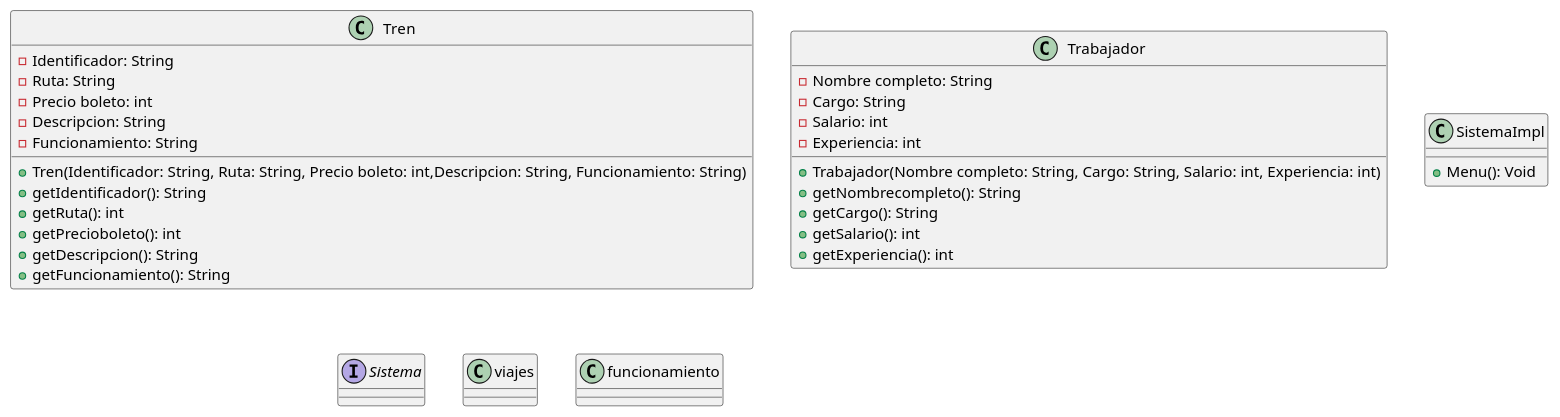
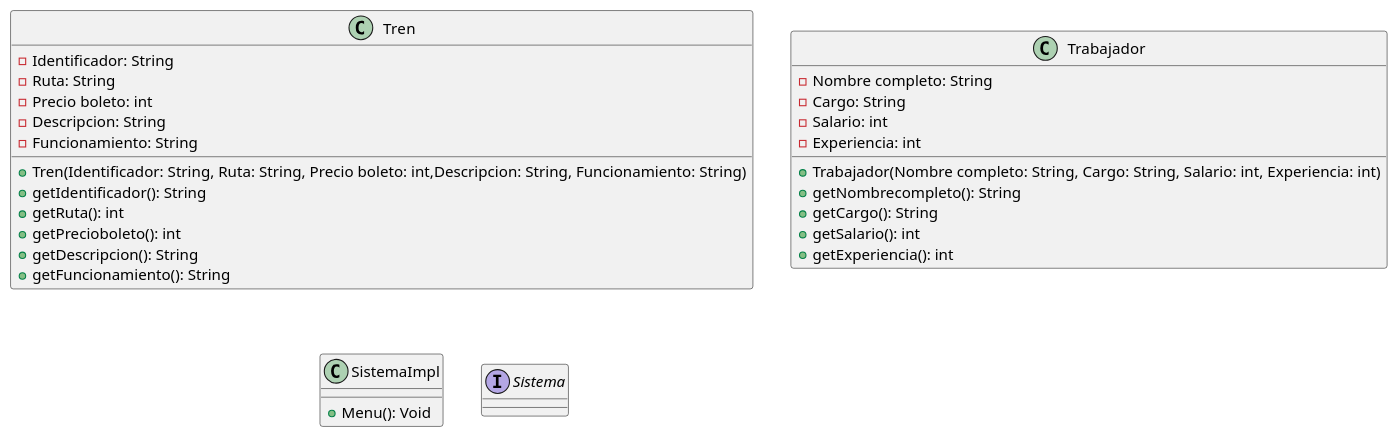
One commit to vidente130/Taller-N-2 changed the diagram in src/Taller N2.puml. Above: the diagram before and after it, drawn with PlantUML. The commit also changed 4 other files, not shown here.

```diff
--- a/src/Taller N2.puml
+++ b/src/Taller N2.puml
@@ -1,45 +1,37 @@
 @startuml
 class Tren{
 
 - Identificador: String
 - Ruta: String
 - Precio boleto: int
 - Descripcion: String
 - Funcionamiento: String
 + Tren(Identificador: String, Ruta: String, Precio boleto: int,Descripcion: String, Funcionamiento: String)
 + getIdentificador(): String
 + getRuta(): int
 + getPrecioboleto(): int
 + getDescripcion(): String
 + getFuncionamiento(): String
 }
 
 class Trabajador{
 
 - Nombre completo: String
 - Cargo: String
 - Salario: int
 - Experiencia: int
 + Trabajador(Nombre completo: String, Cargo: String, Salario: int, Experiencia: int)
 + getNombrecompleto(): String
 + getCargo(): String
 + getSalario(): int
 + getExperiencia(): int
 
 }
 class SistemaImpl{
 + Menu(): Void
 }
 
 interface Sistema{
 }
 
-class viajes{
-
-}
-
-class funcionamiento{
-
-}
-
 @enduml
```
